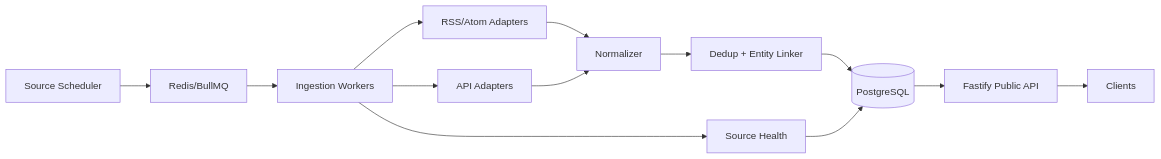
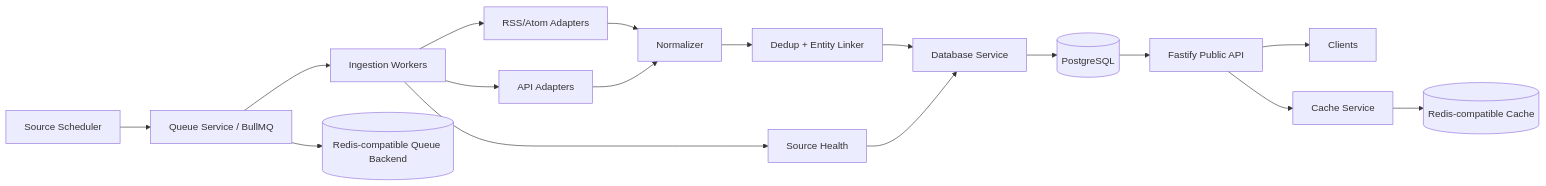
The diagram in 03_SYSTEM_DESIGN.md (CastleYu/Animium), drawn with Mermaid before and after one commit. The commit also changed other lines of this file, not shown here.

Commit message:
docs: make PostgreSQL and Redis deployment portable

````diff
--- a/03_SYSTEM_DESIGN.md
+++ b/03_SYSTEM_DESIGN.md
@@ -5,15 +5,19 @@
 ```mermaid
 flowchart LR
-  A[Source Scheduler] --> Q[Redis/BullMQ]
+  A[Source Scheduler] --> Q[Queue Service / BullMQ]
   Q --> W[Ingestion Workers]
   W --> R1[RSS/Atom Adapters]
   W --> R2[API Adapters]
   R1 --> N[Normalizer]
   R2 --> N
   N --> D[Dedup + Entity Linker]
-  D --> P[(PostgreSQL)]
+  D --> DB[Database Service]
+  DB --> P[(PostgreSQL)]
   P --> API[Fastify Public API]
   API --> C[Clients]
+  API --> CA[Cache Service]
+  CA --> R[(Redis-compatible Cache)]
+  Q --> RQ[(Redis-compatible Queue Backend)]
   W --> H[Source Health]
-  H --> P
+  H --> DB
 ```
````
